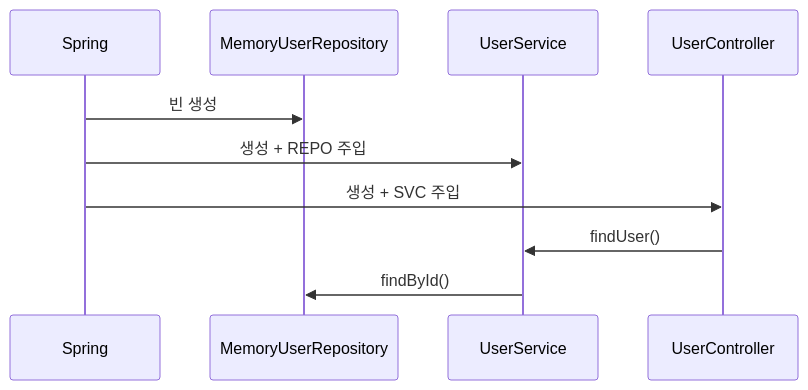
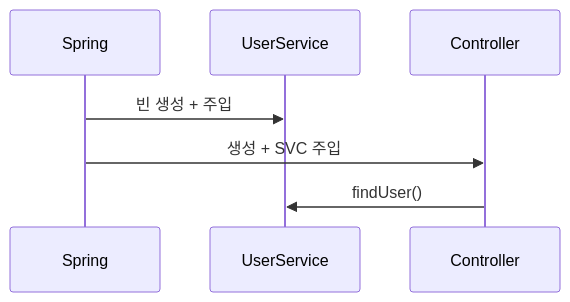
The fifth of 5 diagrams in _posts/spring/2022-06-16-의존관계 주입(DI).md (yjkim2015/yjkim2015.github.io), drawn with Mermaid before and after one commit. The commit also changed 155 other files, not shown here.

First line of the commit message:
Mermaid 전면 수정: subgraph 제거, participant/노드/줄수 축소 (342블록)

````diff
--- a/_posts/spring/2022-06-16-의존관계 주입(DI).md
+++ b/_posts/spring/2022-06-16-의존관계 주입(DI).md
@@ -191,12 +191,9 @@
 ```mermaid
 sequenceDiagram
     participant SP as Spring
-    participant REPO as MemoryUserRepository
     participant SVC as UserService
-    participant CTRL as UserController
-    SP->>REPO: 빈 생성
-    SP->>SVC: 생성 + REPO 주입
+    participant CTRL as Controller
+    SP->>SVC: 빈 생성 + 주입
     SP->>CTRL: 생성 + SVC 주입
     CTRL->>SVC: findUser()
-    SVC->>REPO: findById()
 ```
````
